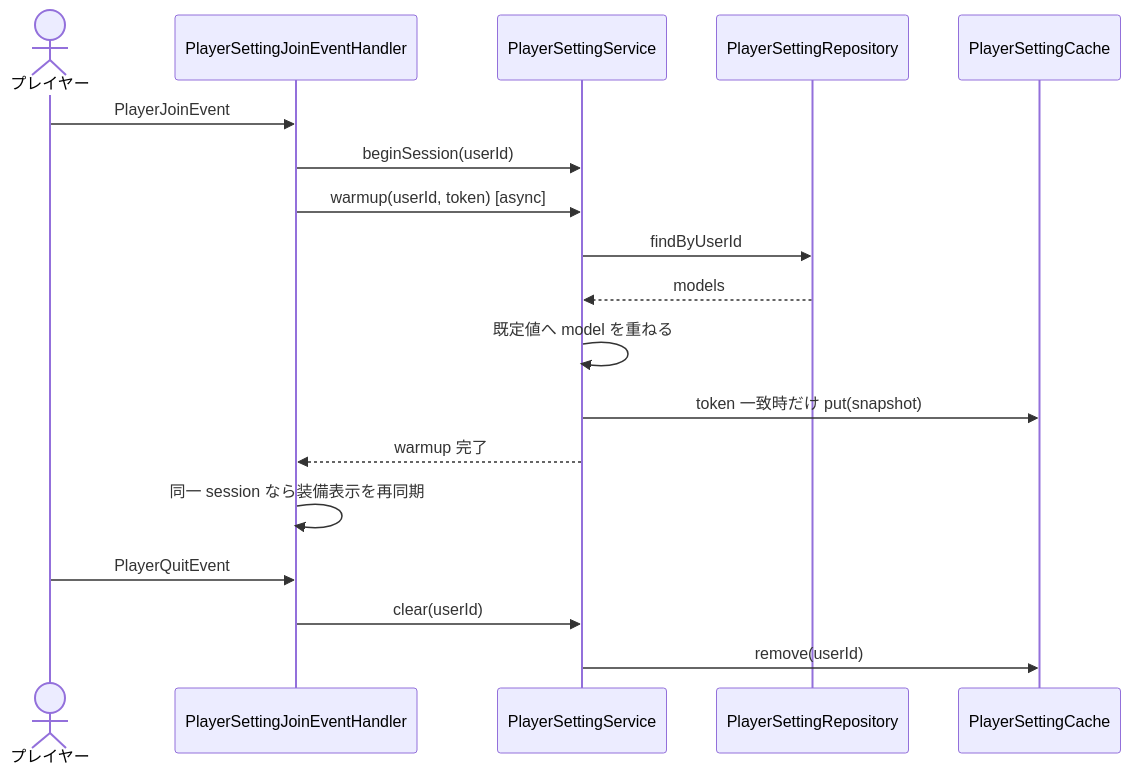
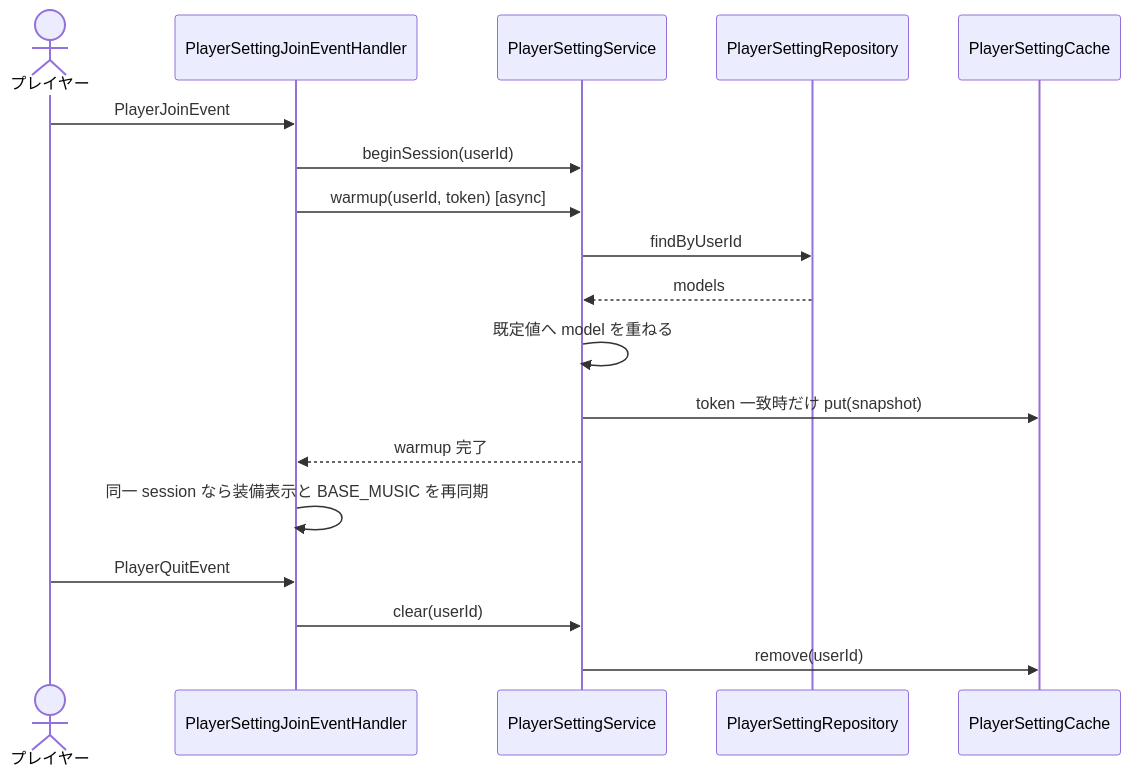
The first of 3 diagrams in 00_docs/10_Plugin設計書/feature/11-player-setting/11_4-統合フロー.md (maaasu/AstralRecord-Workspace), drawn with Mermaid before and after one commit. The commit also changed other lines of this file and 22 other files, not shown here.

````diff
--- a/00_docs/10_Plugin設計書/feature/11-player-setting/11_4-統合フロー.md
+++ b/00_docs/10_Plugin設計書/feature/11-player-setting/11_4-統合フロー.md
@@ -7,21 +7,21 @@
 ```mermaid
 sequenceDiagram
     actor Player as プレイヤー
     participant Event as PlayerSettingJoinEventHandler
     participant Service as PlayerSettingService
     participant Repo as PlayerSettingRepository
     participant Cache as PlayerSettingCache
 
     Player->>Event: PlayerJoinEvent
     Event->>Service: beginSession(userId)
     Event->>Service: warmup(userId, token) [async]
     Service->>Repo: findByUserId
     Repo-->>Service: models
     Service->>Service: 既定値へ model を重ねる
     Service->>Cache: token 一致時だけ put(snapshot)
     Service-->>Event: warmup 完了
-    Event->>Event: 同一 session なら装備表示を再同期
+    Event->>Event: 同一 session なら装備表示と BASE_MUSIC を再同期
     Player->>Event: PlayerQuitEvent
     Event->>Service: clear(userId)
     Service->>Cache: remove(userId)
 ```
````
